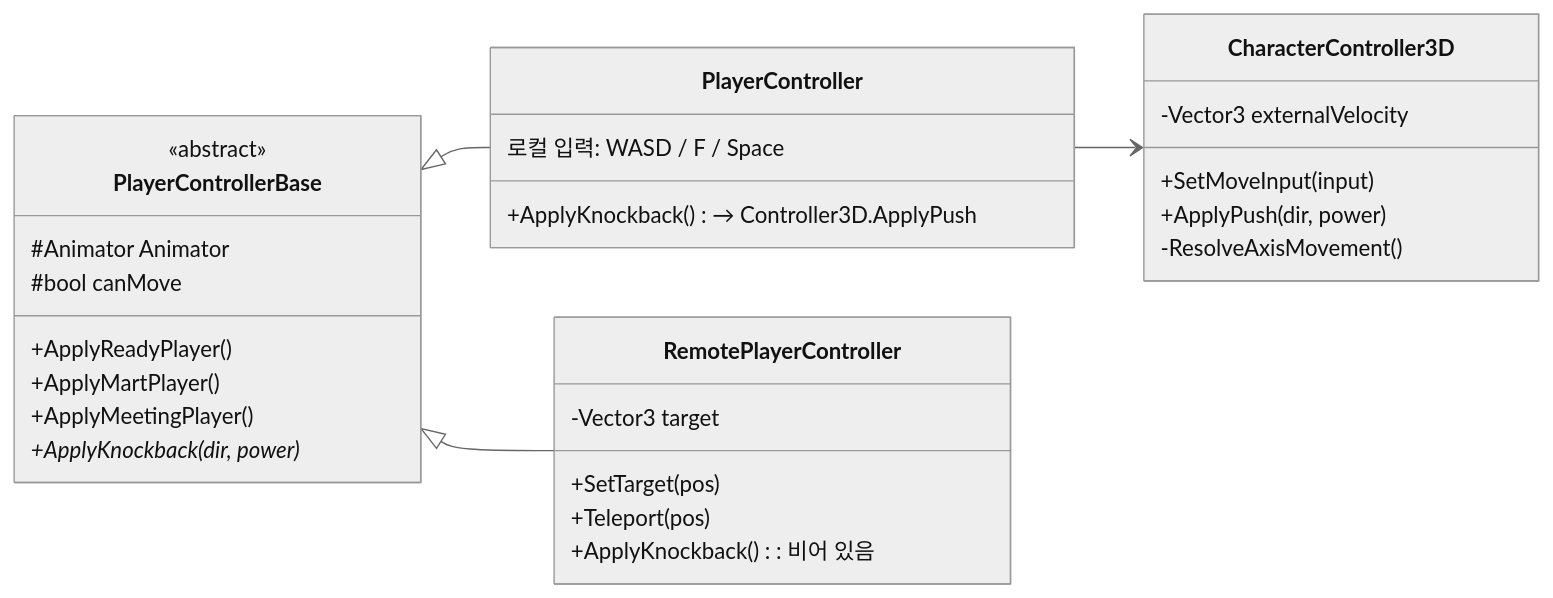
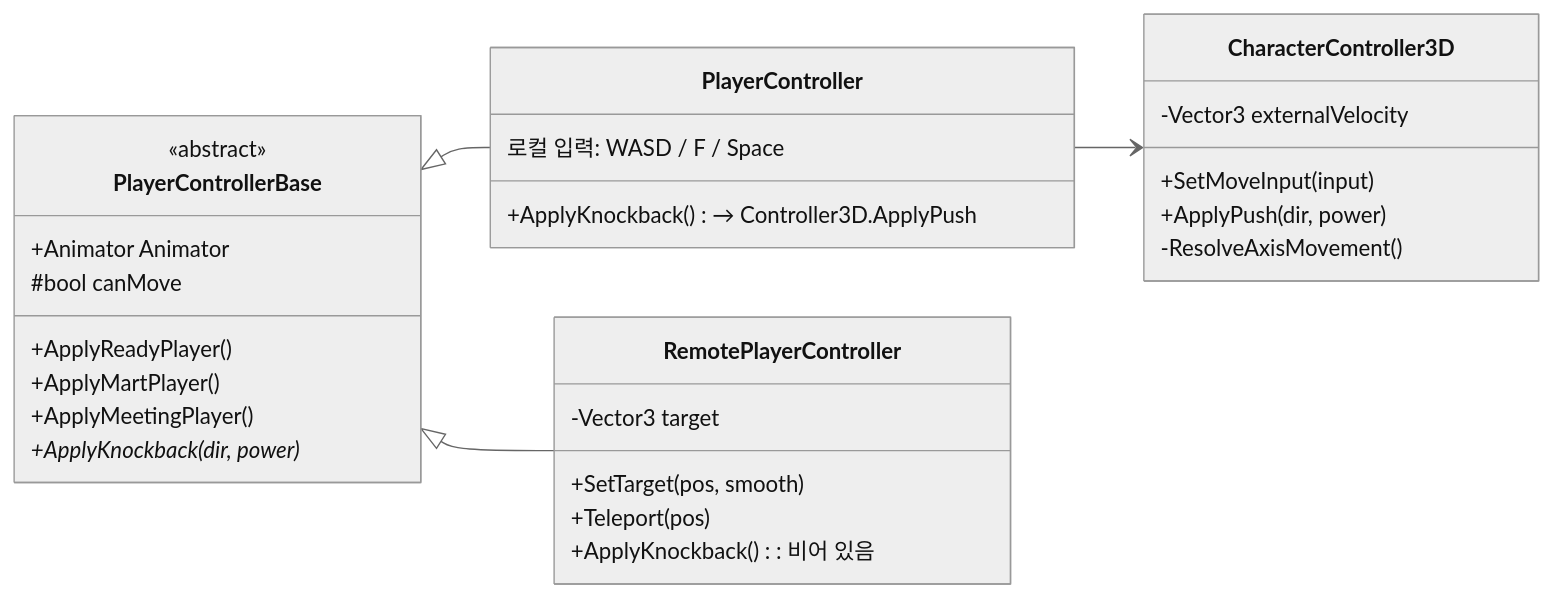
One commit to NaJungWon/portfolio changed the third of 6 diagrams in src/01-market-liar/기술문서.md. Above: the diagram before and after it, drawn with Mermaid (neutral theme). The commit also changed other lines of this file and 10 other files, not shown here.

````diff
--- a/src/01-market-liar/기술문서.md
+++ b/src/01-market-liar/기술문서.md
@@ -204,32 +199,32 @@
 ```mermaid
 classDiagram
     direction LR
     class PlayerControllerBase {
         <<abstract>>
-        #Animator Animator
+        +Animator Animator
         #bool canMove
         +ApplyReadyPlayer()
         +ApplyMartPlayer()
         +ApplyMeetingPlayer()
         +ApplyKnockback(dir, power)*
     }
     class PlayerController {
         로컬 입력: WASD / F / Space
         +ApplyKnockback() → Controller3D.ApplyPush
     }
     class RemotePlayerController {
         -Vector3 target
-        +SetTarget(pos)
+        +SetTarget(pos, smooth)
         +Teleport(pos)
         +ApplyKnockback() : 비어 있음
     }
     class CharacterController3D {
         -Vector3 externalVelocity
         +SetMoveInput(input)
         +ApplyPush(dir, power)
         -ResolveAxisMovement()
     }
     PlayerControllerBase <|-- PlayerController
     PlayerControllerBase <|-- RemotePlayerController
     PlayerController --> CharacterController3D
 ```
````
